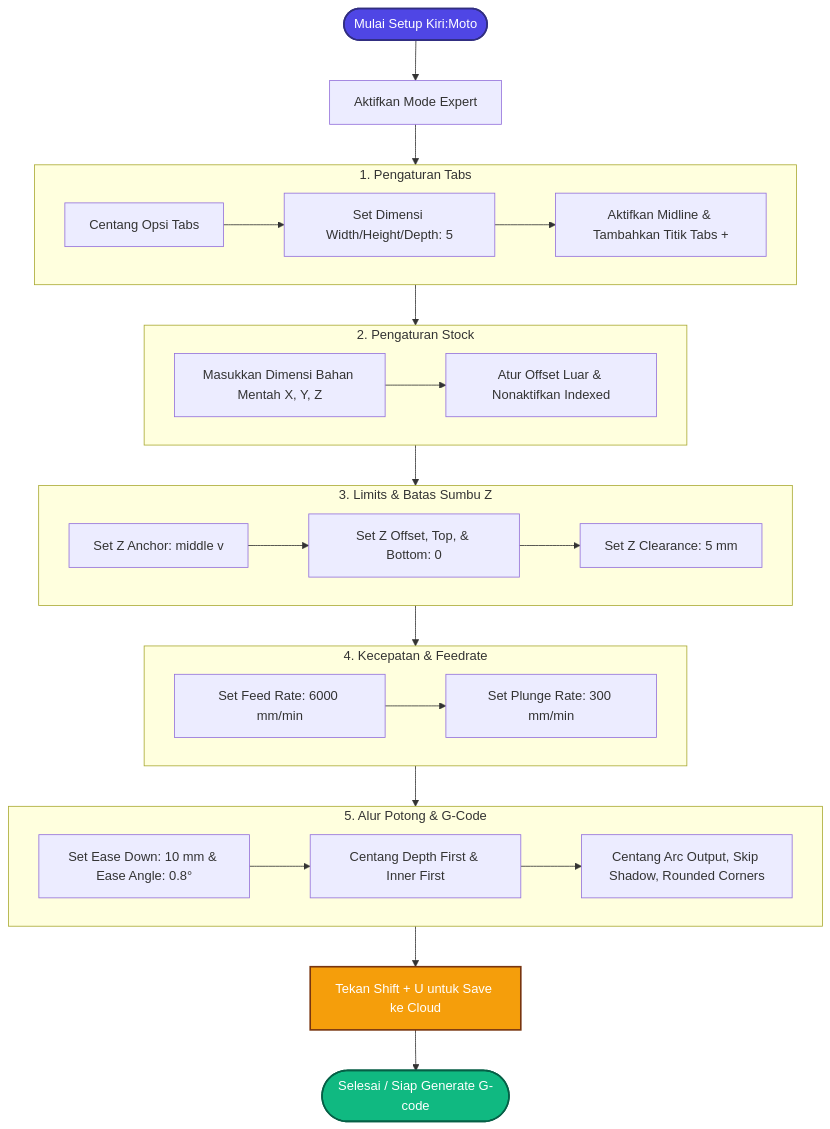
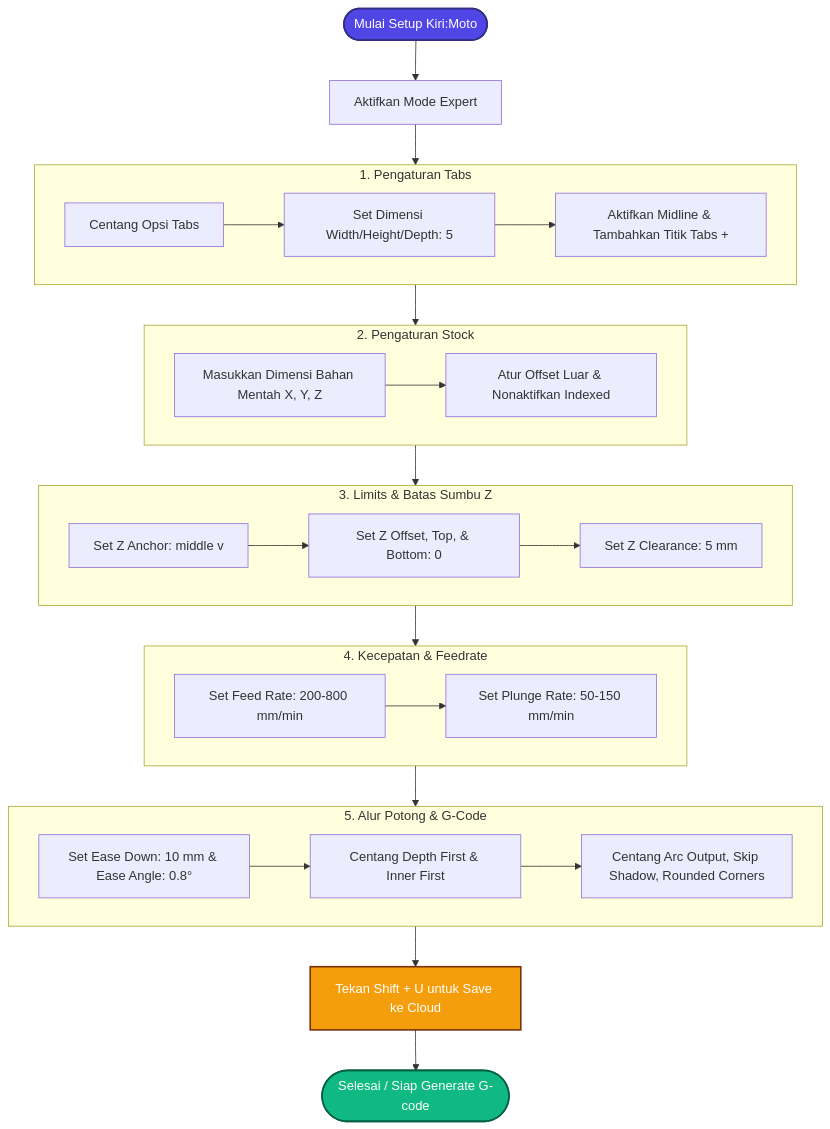
Before and after one commit to khoir-roni/output-cnc: the diagram in cheatsheet-kirimoto.md, drawn with Mermaid. The commit also changed other lines of this file, not shown here.

````diff
--- a/cheatsheet-kirimoto.md
+++ b/cheatsheet-kirimoto.md
@@ -97,39 +97,39 @@
 ```mermaid
 flowchart TD
     Start([Mulai Setup Kiri:Moto]) --> Expert[Aktifkan Mode Expert]
     
     subgraph S1 [1. Pengaturan Tabs]
         Tabs1[Centang Opsi Tabs] --> Tabs2[Set Dimensi Width/Height/Depth: 5]
         Tabs2 --> Tabs3[Aktifkan Midline & Tambahkan Titik Tabs +]
     end
     
     subgraph S2 [2. Pengaturan Stock]
         Stock1[Masukkan Dimensi Bahan Mentah X, Y, Z] --> Stock2[Atur Offset Luar & Nonaktifkan Indexed]
     end
     
     subgraph S3 [3. Limits & Batas Sumbu Z]
         Limit1[Set Z Anchor: middle v] --> Limit2[Set Z Offset, Top, & Bottom: 0]
         Limit2 --> Limit3[Set Z Clearance: 5 mm]
     end
     
     subgraph S4 [4. Kecepatan & Feedrate]
-        Speed1[Set Feed Rate: 6000 mm/min] --> Speed2[Set Plunge Rate: 300 mm/min]
+        Speed1[Set Feed Rate: 200-800 mm/min] --> Speed2[Set Plunge Rate: 50-150 mm/min]
     end
     
     subgraph S5 [5. Alur Potong & G-Code]
         Alur1[Set Ease Down: 10 mm & Ease Angle: 0.8°] --> Alur2[Centang Depth First & Inner First]
         Alur2 --> GCode[Centang Arc Output, Skip Shadow, Rounded Corners]
     end
     
     Expert --> S1
     S1 --> S2
     S2 --> S3
     S3 --> S4
     S4 --> S5
     S5 --> Save[Tekan Shift + U untuk Save ke Cloud]
     Save --> End([Selesai / Siap Generate G-code])
     
     style Start fill:#4F46E5,stroke:#312E81,stroke-width:2px,color:#fff
     style End fill:#10B981,stroke:#065F46,stroke-width:2px,color:#fff
     style Save fill:#F59E0B,stroke:#78350F,stroke-width:2px,color:#fff
 ```
````
